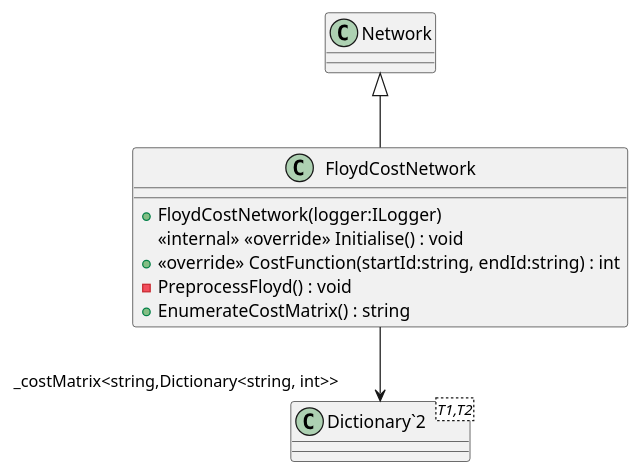
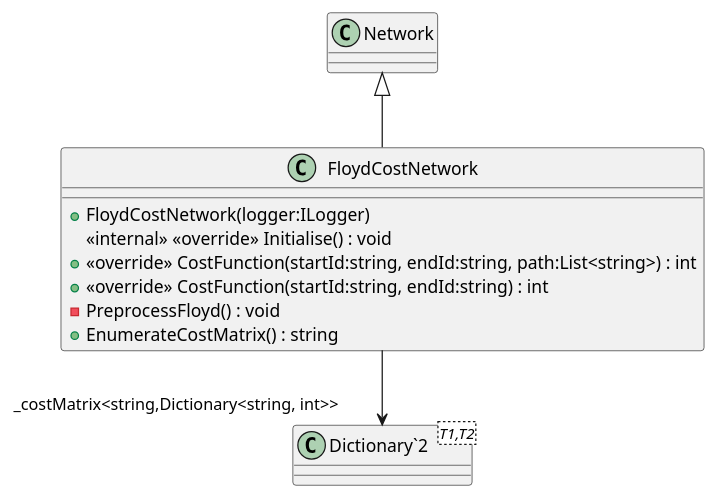
The diagram in TubeChallengeRouter/puml/TransportNetwork/FloydCostNetwork.puml (Liftyee/london-tube-navigator), drawn with PlantUML before and after one commit. The commit also changed 19 other files, not shown here.

```diff
--- a/TubeChallengeRouter/puml/TransportNetwork/FloydCostNetwork.puml
+++ b/TubeChallengeRouter/puml/TransportNetwork/FloydCostNetwork.puml
@@ -1,13 +1,14 @@
 @startuml
 class FloydCostNetwork {
     + FloydCostNetwork(logger:ILogger)
     <<internal>> <<override>> Initialise() : void
+    + <<override>> CostFunction(startId:string, endId:string, path:List<string>) : int
     + <<override>> CostFunction(startId:string, endId:string) : int
     - PreprocessFloyd() : void
     + EnumerateCostMatrix() : string
 }
 class "Dictionary`2"<T1,T2> {
 }
 Network <|-- FloydCostNetwork
 FloydCostNetwork --> "_costMatrix<string,Dictionary<string, int>>" "Dictionary`2"
 @enduml
```
